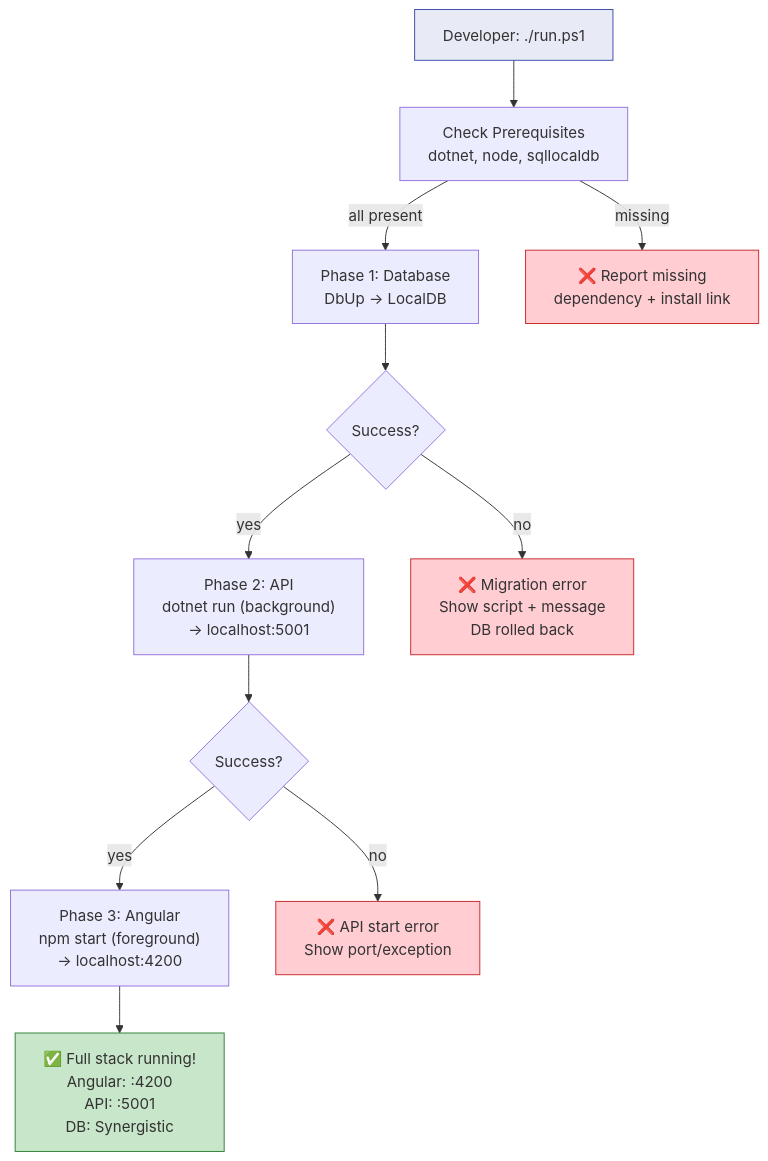
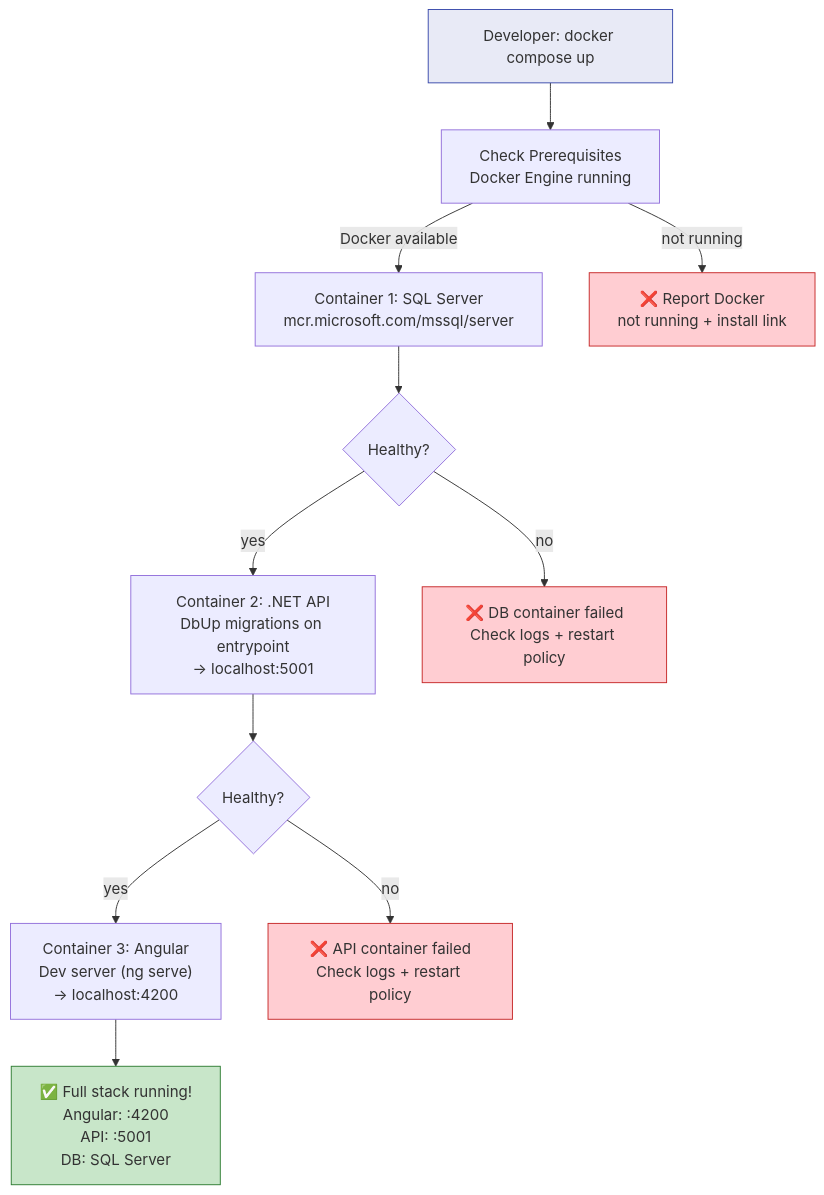
The fifth of 5 diagrams in feature-workspace/v0.1.2/02-architecture/output/component-interaction.md (tumuchcoffee/icm-coding-workflow), drawn with Mermaid before and after one commit. The commit also changed other lines of this file and 32 other files, not shown here.

````diff
--- a/feature-workspace/v0.1.2/02-architecture/output/component-interaction.md
+++ b/feature-workspace/v0.1.2/02-architecture/output/component-interaction.md
@@ -203,23 +204,23 @@
 ```mermaid
 graph TD
-    START["Developer: ./run.ps1"] --> CHECK["Check Prerequisites<br/>dotnet, node, sqllocaldb"]
+    START["Developer: docker compose up"] --> CHECK["Check Prerequisites<br/>Docker Engine running"]
 
-    CHECK -->|"all present"| PHASE1
-    CHECK -->|"missing"| FAIL["❌ Report missing<br/>dependency + install link"]
+    CHECK -->|"Docker available"| PHASE1
+    CHECK -->|"not running"| FAIL["❌ Report Docker<br/>not running + install link"]
 
-    PHASE1["Phase 1: Database<br/>DbUp → LocalDB"] --> PHASE1_OK{"Success?"}
+    PHASE1["Container 1: SQL Server<br/>mcr.microsoft.com/mssql/server"] --> PHASE1_OK{"Healthy?"}
     PHASE1_OK -->|"yes"| PHASE2
-    PHASE1_OK -->|"no"| FAIL_MIG["❌ Migration error<br/>Show script + message<br/>DB rolled back"]
+    PHASE1_OK -->|"no"| FAIL_MIG["❌ DB container failed<br/>Check logs + restart policy"]
 
-    PHASE2["Phase 2: API<br/>dotnet run (background)<br/>→ localhost:5001"] --> PHASE2_OK{"Success?"}
+    PHASE2["Container 2: .NET API<br/>DbUp migrations on entrypoint<br/>→ localhost:5001"] --> PHASE2_OK{"Healthy?"}
     PHASE2_OK -->|"yes"| PHASE3
-    PHASE2_OK -->|"no"| FAIL_API["❌ API start error<br/>Show port/exception"]
+    PHASE2_OK -->|"no"| FAIL_API["❌ API container failed<br/>Check logs + restart policy"]
 
-    PHASE3["Phase 3: Angular<br/>npm start (foreground)<br/>→ localhost:4200"] --> SUCCESS["✅ Full stack running!<br/>Angular: :4200<br/>API: :5001<br/>DB: Synergistic"]
+    PHASE3["Container 3: Angular<br/>Dev server (ng serve)<br/>→ localhost:4200"] --> SUCCESS["✅ Full stack running!<br/>Angular: :4200<br/>API: :5001<br/>DB: SQL Server"]
 
     style START fill:#e8eaf6,stroke:#3949ab
     style SUCCESS fill:#c8e6c9,stroke:#2e7d32
     style FAIL fill:#ffcdd2,stroke:#c62828
     style FAIL_MIG fill:#ffcdd2,stroke:#c62828
     style FAIL_API fill:#ffcdd2,stroke:#c62828
 ```
````
